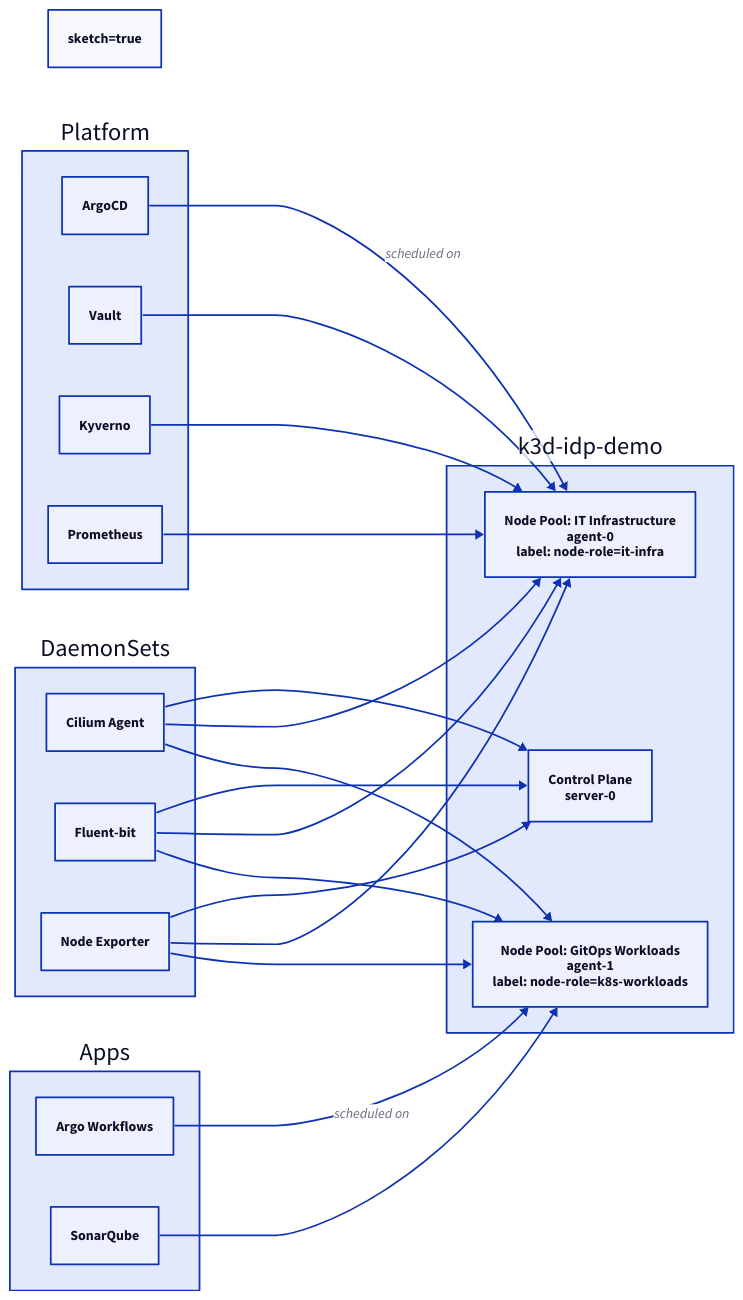
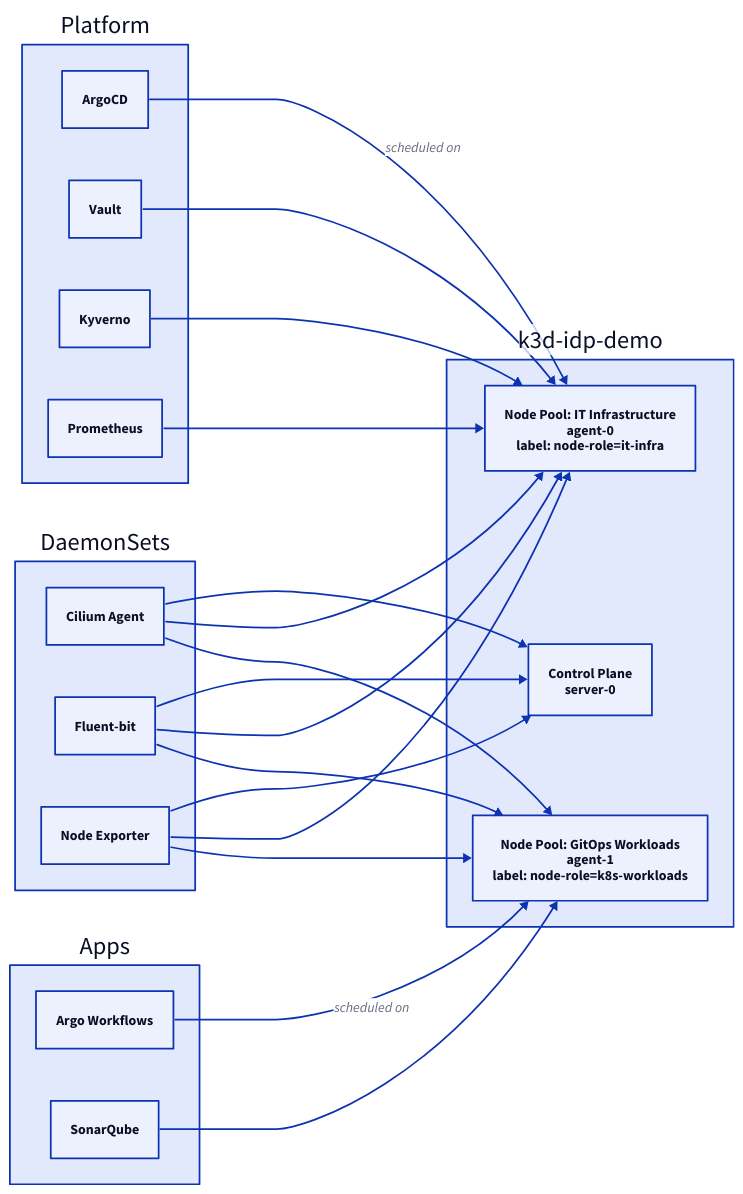
One commit to rou-cru/idp-blueprint changed the diagram in Docs/concepts/scheduling-nodepools.md. Above: the diagram before and after it, drawn with D2. The commit also changed 7 other files, not shown here.

````diff
--- a/Docs/concepts/scheduling-nodepools.md
+++ b/Docs/concepts/scheduling-nodepools.md
@@ -18,45 +18,44 @@
 ```d2
 direction: right
-sketch=true
 
 Cluster: {
   label: "k3d-idp-demo"
   CP: "Control Plane\nserver-0"
   INFRA: "Node Pool: IT Infrastructure\nagent-0\nlabel: node-role=it-infra"
   WORK: "Node Pool: GitOps Workloads\nagent-1\nlabel: node-role=k8s-workloads"
 }
 
 Platform: {
   Argo: ArgoCD
   Vault: Vault
   Kyverno: Kyverno
   Prom: Prometheus
 }
 
 Apps: {
   Workflows: "Argo Workflows"
   Sonar: SonarQube
 }
 
 DaemonSets: {
   Cilium: "Cilium Agent"
   Fluent: "Fluent-bit"
   NodeExp: "Node Exporter"
 }
 
 Platform.Argo -> Cluster.INFRA: "scheduled on"
 Platform.Vault -> Cluster.INFRA
 Platform.Kyverno -> Cluster.INFRA
 Platform.Prom -> Cluster.INFRA
 Apps.Workflows -> Cluster.WORK: "scheduled on"
 Apps.Sonar -> Cluster.WORK
 DaemonSets.Cilium -> Cluster.CP
 DaemonSets.Cilium -> Cluster.INFRA
 DaemonSets.Cilium -> Cluster.WORK
 DaemonSets.Fluent -> Cluster.CP
 DaemonSets.Fluent -> Cluster.INFRA
 DaemonSets.Fluent -> Cluster.WORK
 DaemonSets.NodeExp -> Cluster.CP
 DaemonSets.NodeExp -> Cluster.INFRA
 DaemonSets.NodeExp -> Cluster.WORK
 ```
````
